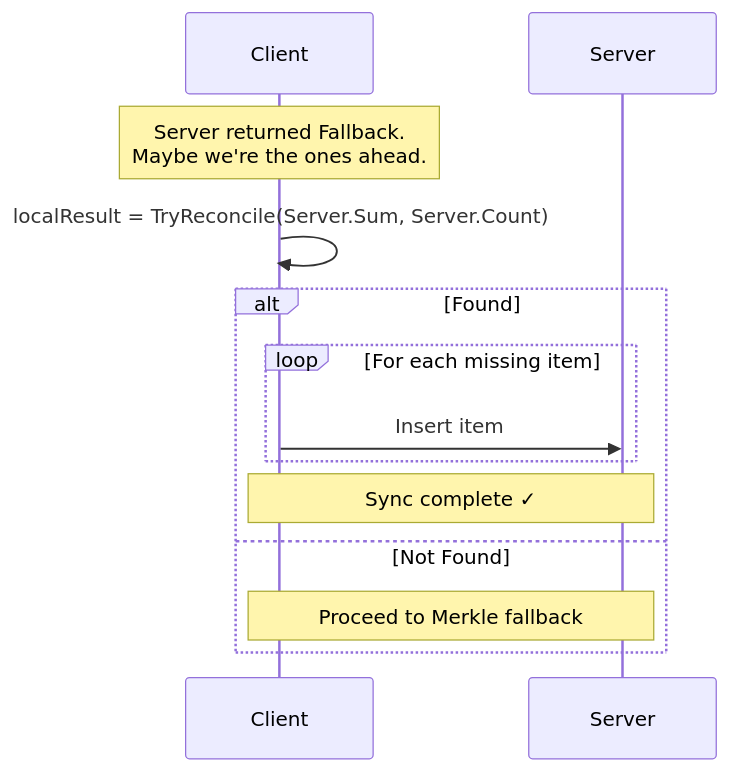
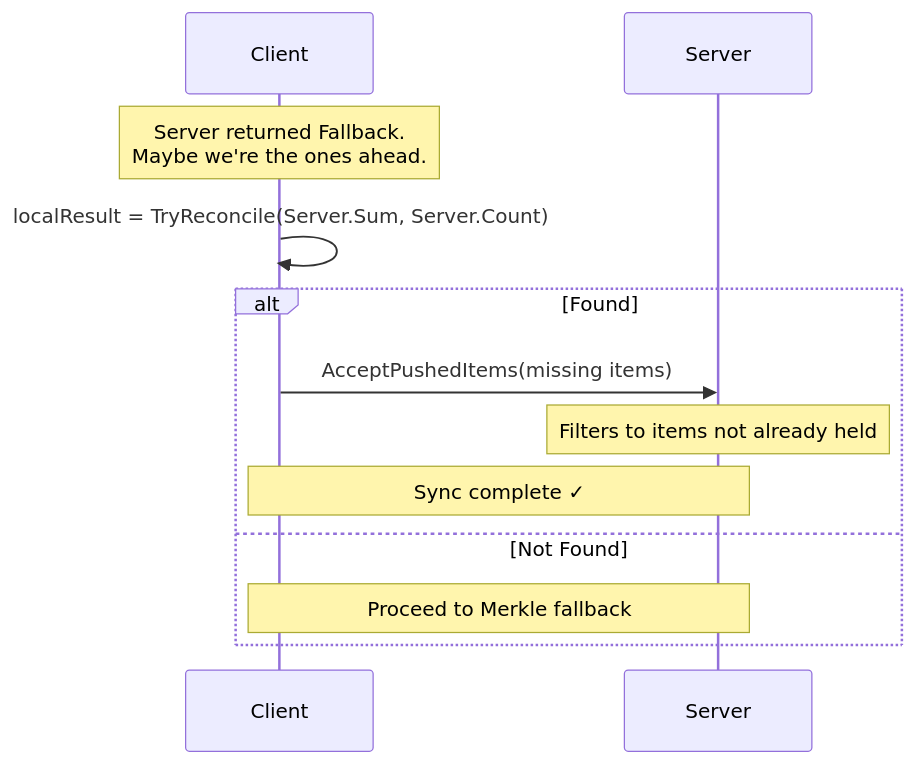
One commit to arj03/setsum-cs changed the second of 7 diagrams in SetSum/Sync/README.md. Above: the diagram before and after it, drawn with Mermaid. The commit also changed other lines of this file and 3 other files, not shown here.

````diff
--- a/SetSum/Sync/README.md
+++ b/SetSum/Sync/README.md
@@ -65,16 +65,15 @@
 ```mermaid
 sequenceDiagram
     participant C as Client
     participant S as Server
 
     Note over C: Server returned Fallback.<br/>Maybe we're the ones ahead.
     C->>C: localResult = TryReconcile(Server.Sum, Server.Count)
     alt Found
-        loop For each missing item
-            C->>S: Insert item
-        end
+        C->>S: AcceptPushedItems(missing items)
+        Note over S: Filters to items not already held
         Note over C,S: Sync complete ✓
     else Not Found
         Note over C,S: Proceed to Merkle fallback
     end
 ```
````
